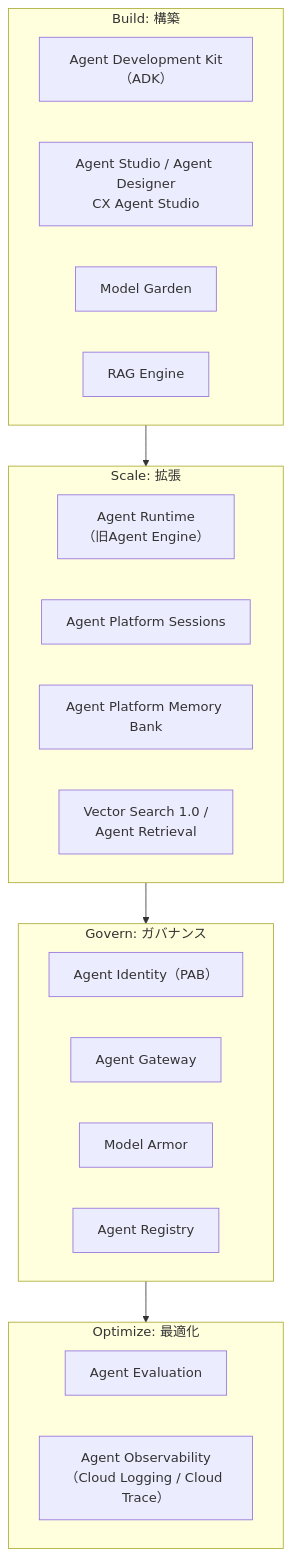
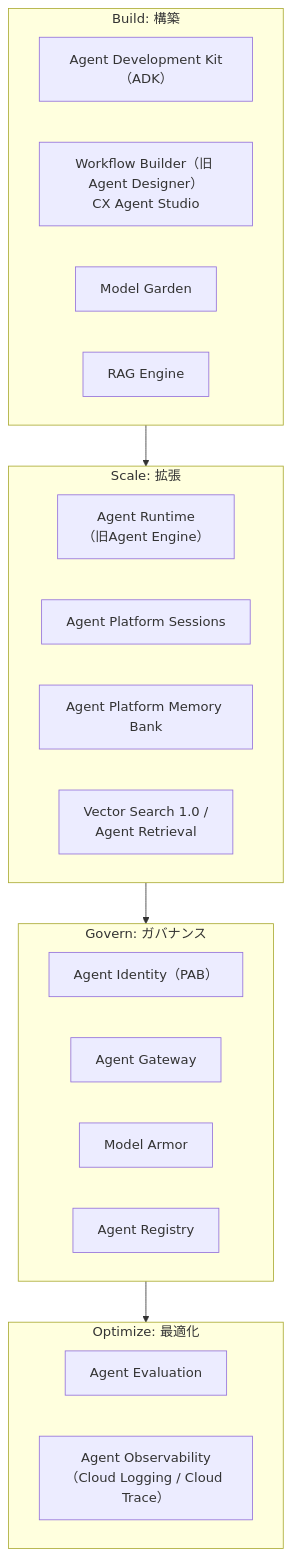
The second of 21 diagrams in Professional-agentic-architect-guide.md (myoshi2891/Cloud-Infrastructure-Studies), drawn with Mermaid before and after one commit. The commit also changed other lines of this file and 2 other files, not shown here.

Commit message:
docs: update Computer Networks and Professional Agentic Architect study guides

````diff
--- a/Professional-agentic-architect-guide.md
+++ b/Professional-agentic-architect-guide.md
@@ -44,27 +44,27 @@
 ```mermaid
 flowchart TB
     subgraph Build["Build: 構築"]
         ADK["Agent Development Kit（ADK）"]
-        AgentStudio["Agent Studio / Agent Designer<br/>CX Agent Studio"]
+        AgentStudio["Workflow Builder（旧 Agent Designer）<br/>CX Agent Studio"]
         ModelGarden["Model Garden"]
         RAGEngine["RAG Engine"]
     end
     subgraph Scale["Scale: 拡張"]
         Runtime["Agent Runtime<br/>（旧Agent Engine）"]
         Sessions["Agent Platform Sessions"]
         MemoryBank["Agent Platform Memory Bank"]
         VectorSearch["Vector Search 1.0 /<br/>Agent Retrieval"]
     end
     subgraph Govern["Govern: ガバナンス"]
         AgentIdentity["Agent Identity（PAB）"]
         AgentGateway["Agent Gateway"]
         ModelArmor["Model Armor"]
         AgentRegistry["Agent Registry"]
     end
     subgraph Optimize["Optimize: 最適化"]
         Eval["Agent Evaluation"]
         Observability["Agent Observability<br/>（Cloud Logging / Cloud Trace）"]
     end
 
     Build --> Scale --> Govern --> Optimize
 ```
````
